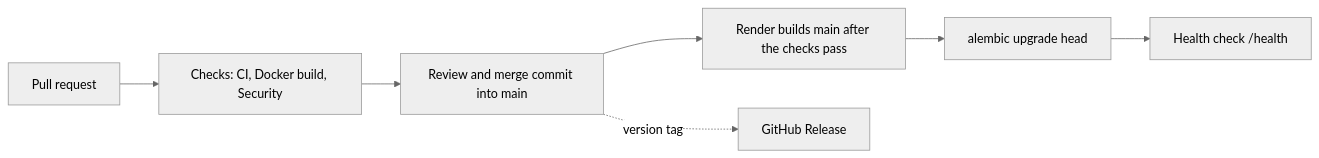
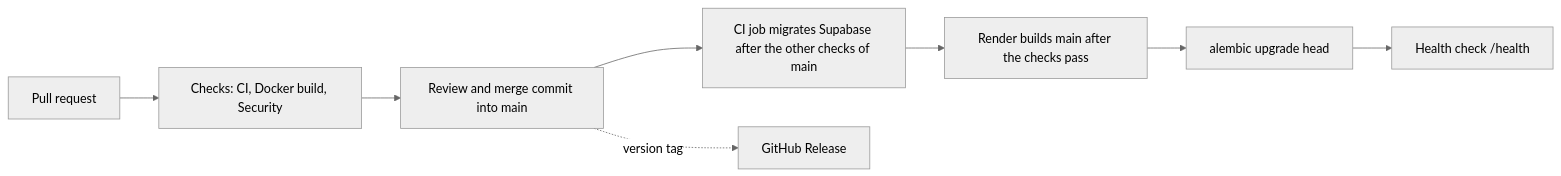
One commit to metezd/OmniLog changed the second of 2 diagrams in docs/deployment.md. Above: the diagram before and after it, drawn with Mermaid (neutral theme). The commit also changed other lines of this file and 1 other file, not shown here.

Commit message:
docs: describe when the Supabase database is migrated

````diff
--- a/docs/deployment.md
+++ b/docs/deployment.md
@@ -185,9 +185,10 @@
 ```mermaid
 flowchart LR
     PR[Pull request] --> CI[Checks: CI, Docker build, Security]
     CI --> R[Review and merge commit into main]
-    R --> RD[Render builds main after the checks pass]
+    R --> SM[CI job migrates Supabase after the other checks of main]
+    SM --> RD[Render builds main after the checks pass]
     RD --> MG[alembic upgrade head]
     MG --> HC[Health check /health]
     R -.->|version tag| REL[GitHub Release]
 ```
````
